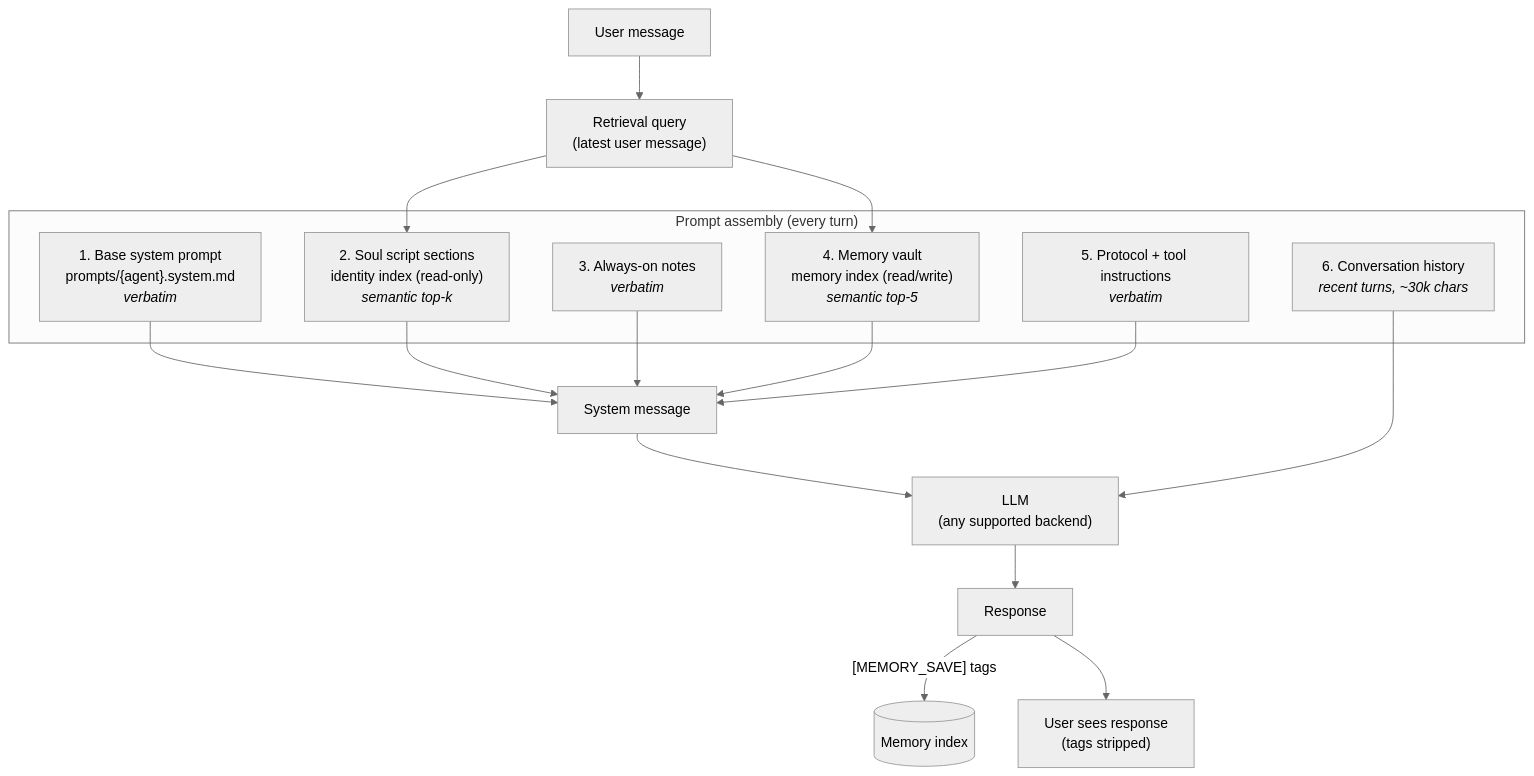
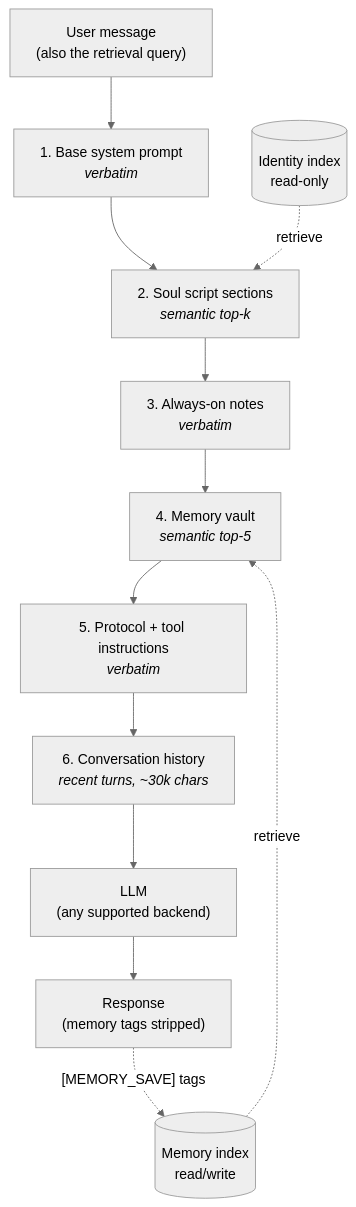
One commit to DrTHunter/SoulScript-Engine changed the first of 2 diagrams in README.md. Above: the diagram before and after it, drawn with Mermaid (neutral theme).

Commit message:
README: stack the prompt-assembly diagram vertically
The side-by-side layout rendered small and cropped on GitHub. A single
vertical spine with the two indexes feeding in from the side reads at
full size.

````diff
--- a/README.md
+++ b/README.md
@@ -45,22 +45,20 @@
 ```mermaid
 flowchart TD
-    U["User message"] --> Q["Retrieval query<br/>(latest user message)"]
+    U["User message<br/>(also the retrieval query)"]
+    L1["1. Base system prompt<br/><i>verbatim</i>"]
+    L2["2. Soul script sections<br/><i>semantic top-k</i>"]
+    L3["3. Always-on notes<br/><i>verbatim</i>"]
+    L4["4. Memory vault<br/><i>semantic top-5</i>"]
+    L5["5. Protocol + tool instructions<br/><i>verbatim</i>"]
+    L6["6. Conversation history<br/><i>recent turns, ~30k chars</i>"]
+    LLM["LLM<br/>(any supported backend)"]
+    R["Response<br/>(memory tags stripped)"]
 
-    subgraph ASSEMBLY["Prompt assembly (every turn)"]
-        L1["1. Base system prompt<br/>prompts/{agent}.system.md<br/><i>verbatim</i>"]
-        L2["2. Soul script sections<br/>identity index (read-only)<br/><i>semantic top-k</i>"]
-        L3["3. Always-on notes<br/><i>verbatim</i>"]
-        L4["4. Memory vault<br/>memory index (read/write)<br/><i>semantic top-5</i>"]
-        L5["5. Protocol + tool instructions<br/><i>verbatim</i>"]
-        L6["6. Conversation history<br/><i>recent turns, ~30k chars</i>"]
-    end
+    ID[("Identity index<br/>read-only")]
+    MI[("Memory index<br/>read/write")]
 
-    Q --> L2
-    Q --> L4
-    L1 & L2 & L3 & L4 & L5 --> SYS["System message"]
-    SYS --> LLM["LLM<br/>(any supported backend)"]
-    L6 --> LLM
-    LLM --> R["Response"]
-    R -->|"[MEMORY_SAVE] tags"| MEM[("Memory index")]
-    R --> OUT["User sees response<br/>(tags stripped)"]
+    U --> L1 --> L2 --> L3 --> L4 --> L5 --> L6 --> LLM --> R
+    ID -. "retrieve" .-> L2
+    MI -. "retrieve" .-> L4
+    R -. "[MEMORY_SAVE] tags" .-> MI
 ```
````
